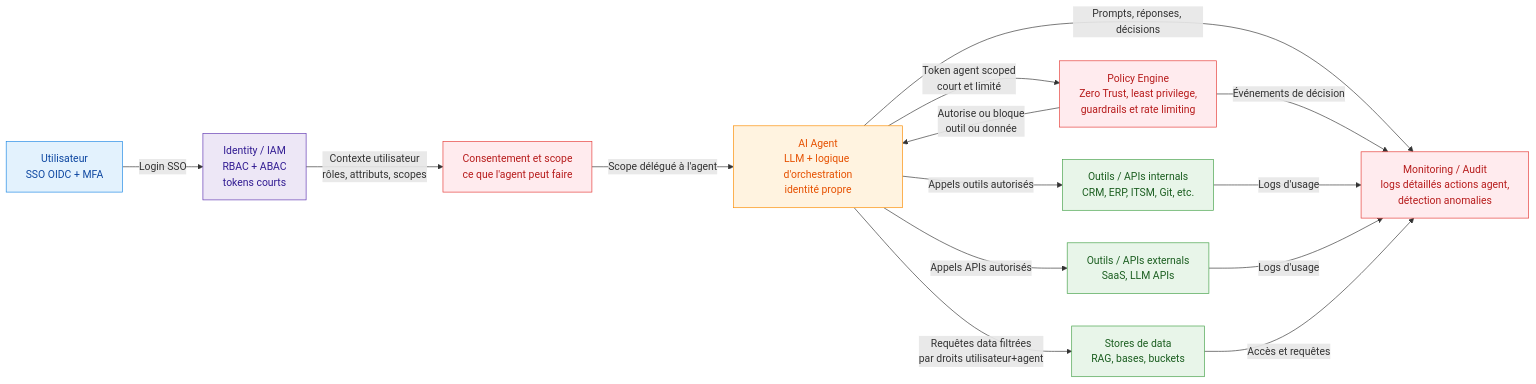
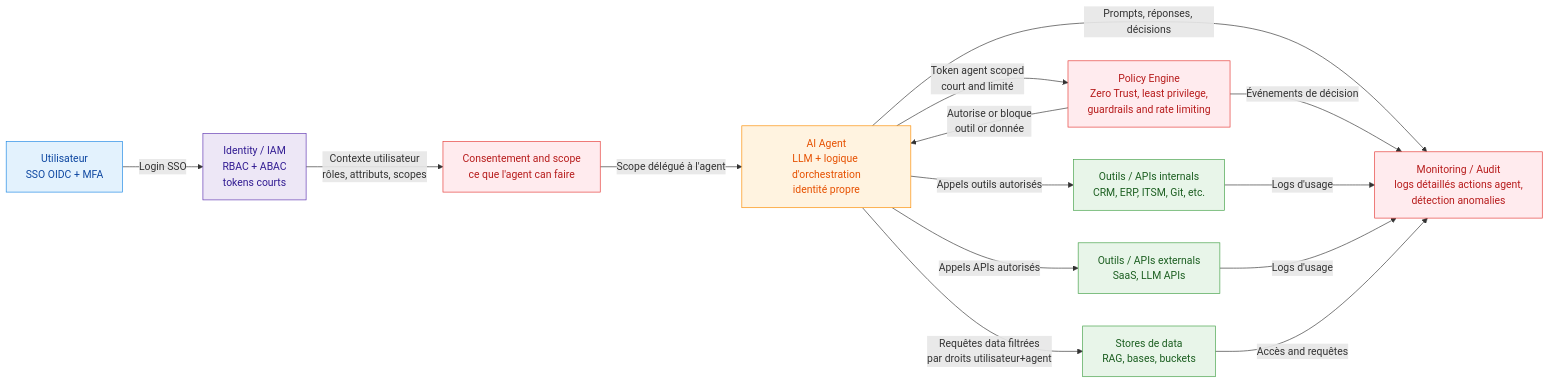
One commit to brunseba/ai-tech-watch changed the diagram in docs/architecture/agentic-use-case-schema.md. Above: the diagram before and after it, drawn with Mermaid. The commit also changed other lines of this file and 24 other files, not shown here.

````diff
--- a/docs/architecture/agentic-use-case-schema.md
+++ b/docs/architecture/agentic-use-case-schema.md
@@ -8,38 +8,38 @@
 ```mermaid
 flowchart LR
     classDef user fill:#e3f2fd,stroke:#1e88e5,color:#0d47a1;
     classDef agent fill:#fff3e0,stroke:#fb8c00,color:#e65100;
     classDef tool fill:#e8f5e9,stroke:#43a047,color:#1b5e20;
     classDef sec fill:#ffebee,stroke:#e53935,color:#b71c1c;
     classDef infra fill:#ede7f6,stroke:#5e35b1,color:#311b92;
 
     U[Utilisateur<br/>SSO OIDC + MFA]:::user
-    CONS[Consentement et scope<br/>ce que l'agent peut faire]:::sec
+    CONS[Consentement and scope<br/>ce que l'agent can faire]:::sec
     IAM[Identity / IAM<br/>RBAC + ABAC<br/>tokens courts]:::infra
 
     A[AI Agent<br/>LLM + logique d'orchestration<br/>identité propre]:::agent
 
     T1[Outils / APIs internals<br/>CRM, ERP, ITSM, Git, etc.]:::tool
     T2[Outils / APIs externals<br/>SaaS, LLM APIs]:::tool
     DATA[Stores de data<br/>RAG, bases, buckets]:::tool
 
-    POL[Policy Engine<br/>Zero Trust, least privilege,<br/>guardrails et rate limiting]:::sec
+    POL[Policy Engine<br/>Zero Trust, least privilege,<br/>guardrails and rate limiting]:::sec
     MON[Monitoring / Audit<br/>logs détaillés actions agent,<br/>détection anomalies]:::sec
 
     U -->|Login SSO| IAM
     IAM -->|Contexte utilisateur<br/>rôles, attributs, scopes| CONS
     CONS -->|Scope délégué à l'agent| A
 
-    A -->|Token agent scoped<br/>court et limité| POL
-    POL -->|Autorise ou bloque<br/>outil ou donnée| A
+    A -->|Token agent scoped<br/>court and limité| POL
+    POL -->|Autorise or bloque<br/>outil or donnée| A
 
     A -->|Appels outils autorisés| T1
     A -->|Appels APIs autorisés| T2
     A -->|Requêtes data filtrées<br/>par droits utilisateur+agent| DATA
 
     A -->|Prompts, réponses, décisions| MON
     POL -->|Événements de décision| MON
     T1 -->|Logs d'usage| MON
     T2 -->|Logs d'usage| MON
-    DATA -->|Accès et requêtes| MON
+    DATA -->|Accès and requêtes| MON
 ```
````
